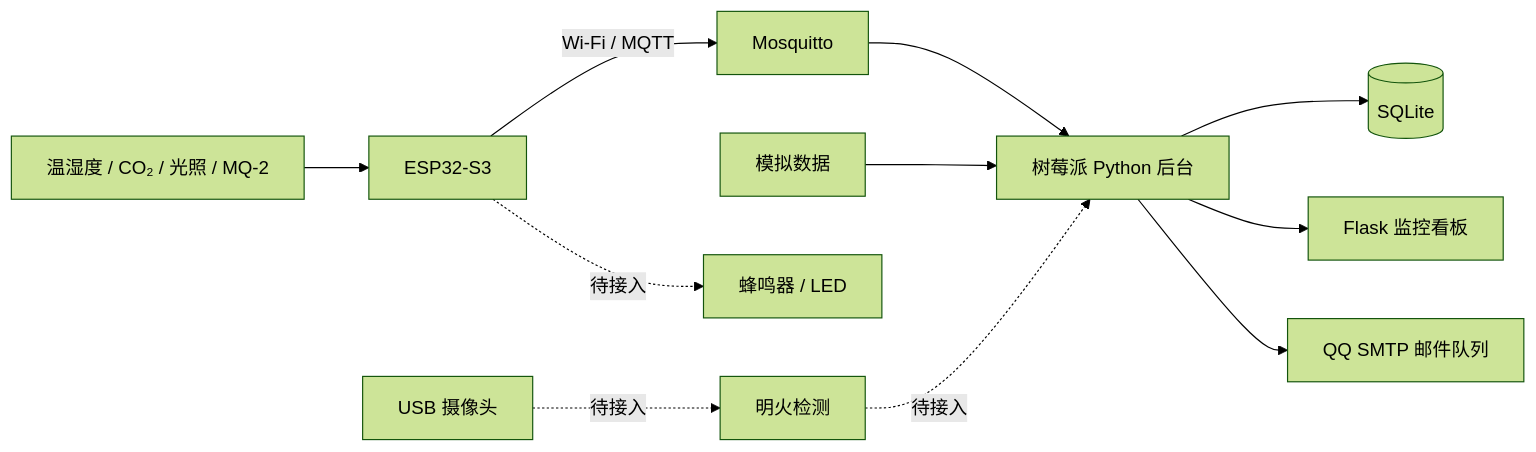
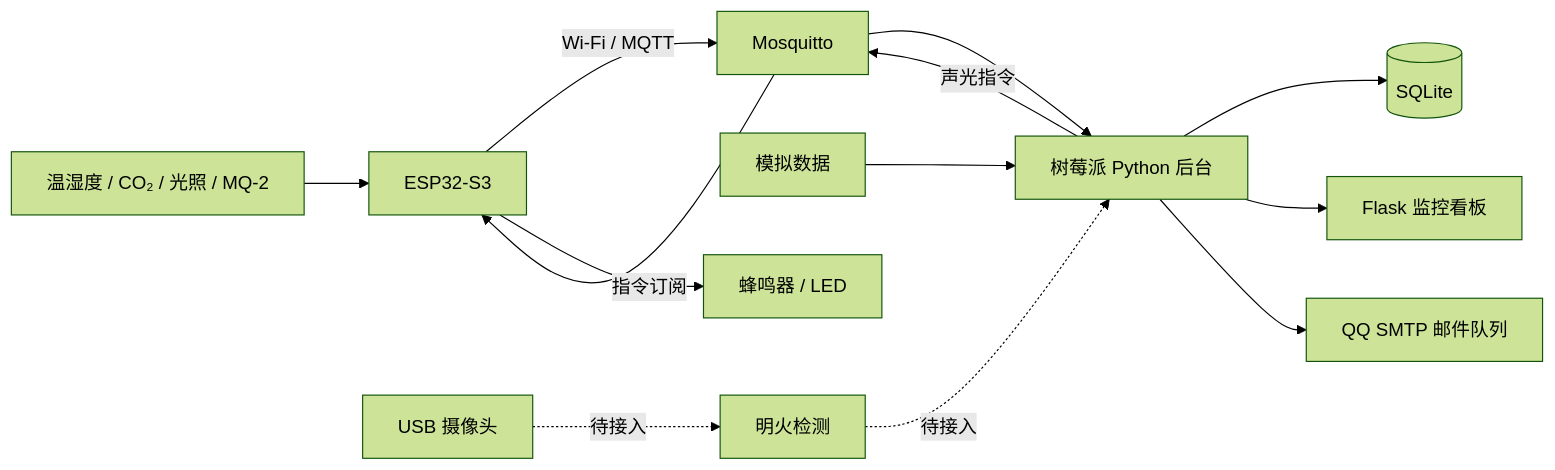
The diagram in README.md (bridge-a/factory-safety-iot-monitoring), drawn with Mermaid (forest theme) before and after one commit. The commit also changed other lines of this file and 21 other files, not shown here.

````diff
--- a/README.md
+++ b/README.md
@@ -71,13 +71,15 @@
 ```mermaid
 flowchart LR
     Sensors[温湿度 / CO₂ / 光照 / MQ-2] --> ESP[ESP32-S3]
     ESP -->|Wi-Fi / MQTT| Broker[Mosquitto]
     Broker --> Runtime[树莓派 Python 后台]
     Demo[模拟数据] --> Runtime
     Runtime --> DB[(SQLite)]
     Runtime --> Web[Flask 监控看板]
     Runtime --> Mail[QQ SMTP 邮件队列]
-    ESP -. 待接入 .-> Alarm[蜂鸣器 / LED]
+    Runtime -->|声光指令| Broker
+    Broker -->|指令订阅| ESP
+    ESP --> Alarm[蜂鸣器 / LED]
     Camera[USB 摄像头] -. 待接入 .-> Vision[明火检测]
     Vision -. 待接入 .-> Runtime
 ```
````
